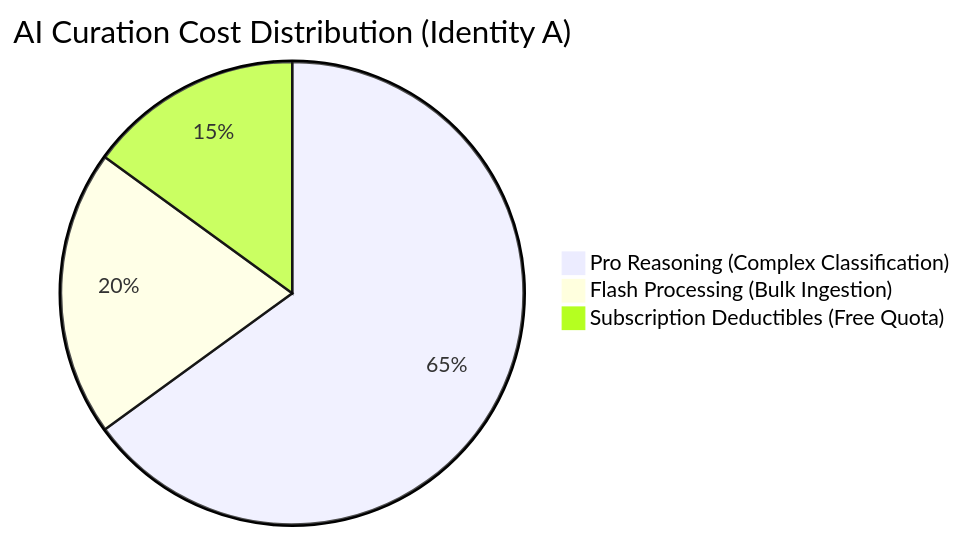
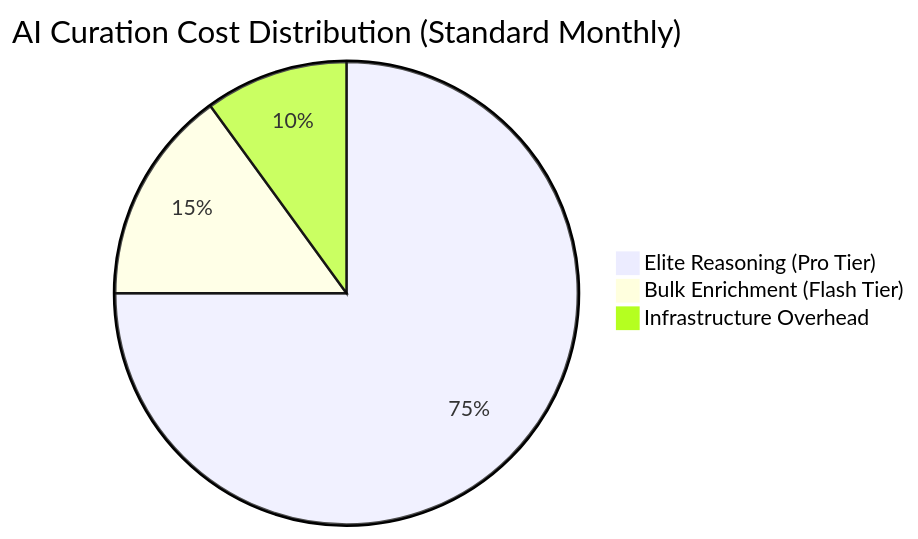
The fifth of 9 diagrams in README.md (nubenetes/awesome-kubernetes), drawn with Mermaid before and after one commit. The commit also changed other lines of this file, not shown here.

Commit message:
docs: expand AI Economic Architecture with detailed cost projections and ROI analysis

````diff
--- a/README.md
+++ b/README.md
@@ -294,6 +305,6 @@
 ```mermaid
-pie title AI Curation Cost Distribution (Identity A)
-    "Pro Reasoning (Complex Classification)" : 65
-    "Flash Processing (Bulk Ingestion)" : 20
-    "Subscription Deductibles (Free Quota)" : 15
+pie title AI Curation Cost Distribution (Standard Monthly)
+    "Elite Reasoning (Pro Tier)" : 75
+    "Bulk Enrichment (Flash Tier)" : 15
+    "Infrastructure Overhead" : 10
 ```
````
